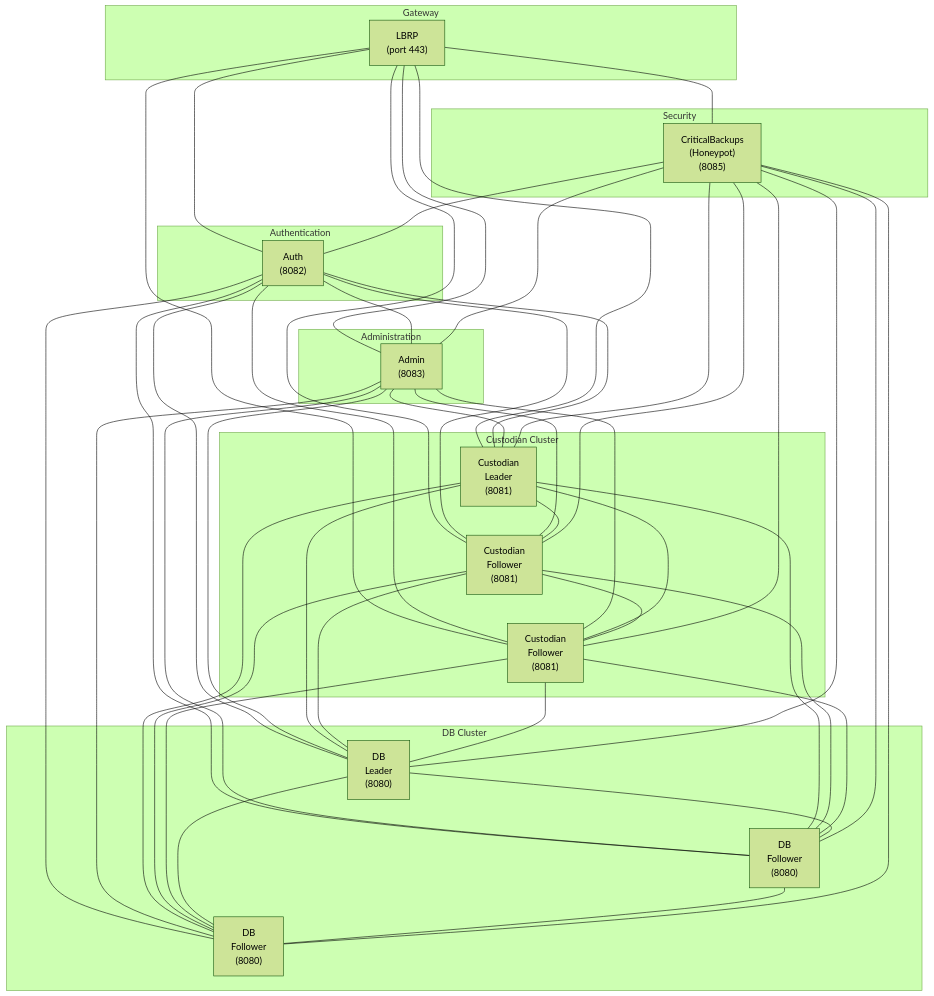
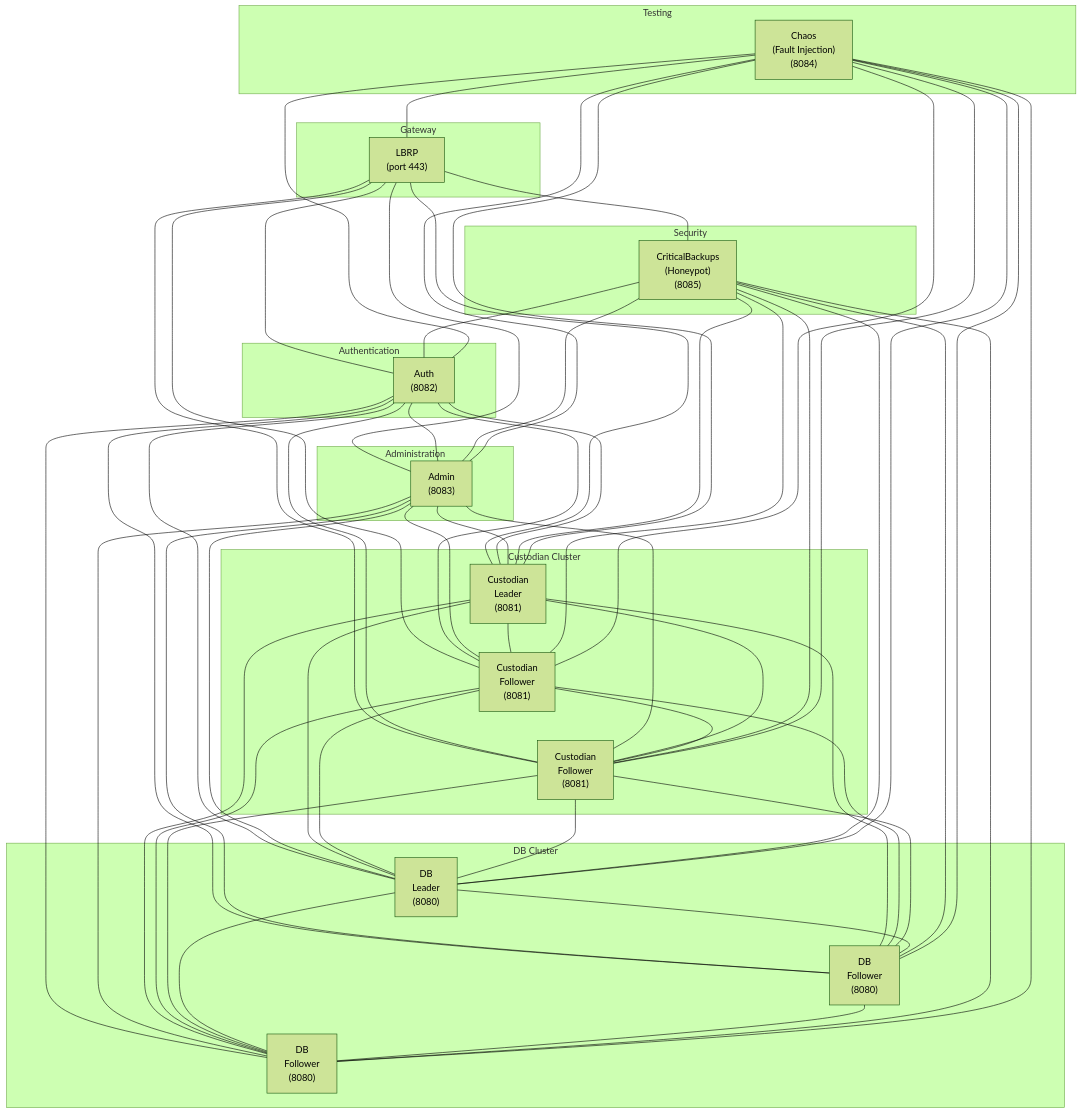
The diagram in ARCHITECTURE.md (JonathanMcCormickJr/ngi), drawn with Mermaid (forest theme) before and after one commit. The commit also changed 9 other files, not shown here.

Commit message:
Adding Chaos service to Mermaid diagram of the deployment topology for MVP

````diff
--- a/ARCHITECTURE.md
+++ b/ARCHITECTURE.md
@@ -756,6 +756,10 @@
 
   subgraph "Security"
     Honeypot["CriticalBackups<br/>(Honeypot)<br/>(8085)"]
+  end
+
+  subgraph "Testing"
+    Chaos["Chaos<br/>(Fault Injection)<br/>(8084)"]
   end
 
   subgraph "Custodian Cluster"
@@ -820,5 +824,15 @@
   Honeypot --- DBLeader
   Honeypot --- DBFollower1
   Honeypot --- DBFollower2
+
+  Chaos --- CustLeader
+  Chaos --- CustFollower1
+  Chaos --- CustFollower2
+  Chaos --- DBLeader
+  Chaos --- DBFollower1
+  Chaos --- DBFollower2
+  Chaos --- Auth
+  Chaos --- Admin
+  Chaos --- LBRP
   
 ```
````
